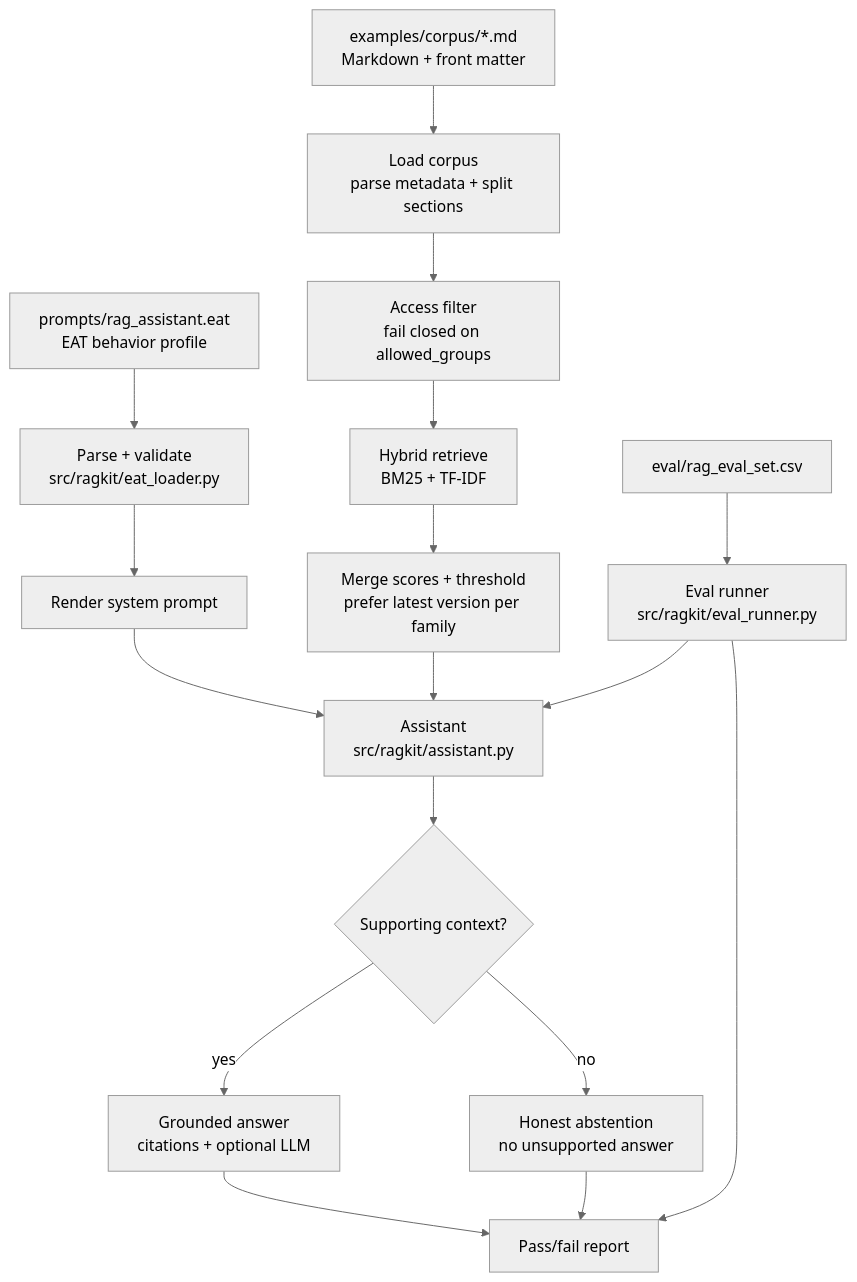
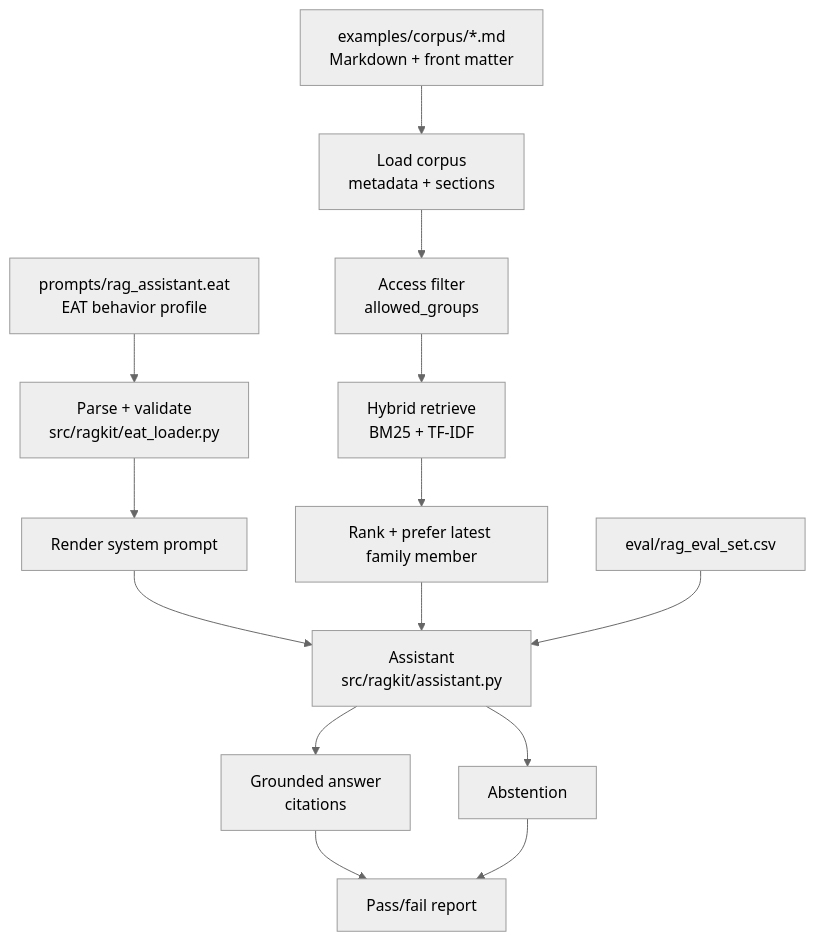
One commit to E-AI-MODEL/-rag-eat-starter-kit changed the diagram in README.md. Above: the diagram before and after it, drawn with Mermaid (neutral theme). The commit also changed other lines of this file, not shown here.

Commit message:
Rework README with clear collapsible sections

````diff
--- a/README.md
+++ b/README.md
@@ -201,29 +132,24 @@
 ```mermaid
 flowchart TD
     eat["prompts/rag_assistant.eat<br/>EAT behavior profile"]
     validate["Parse + validate<br/>src/ragkit/eat_loader.py"]
     prompt["Render system prompt"]
 
     corpus["examples/corpus/*.md<br/>Markdown + front matter"]
-    chunks["Load corpus<br/>parse metadata + split sections"]
-    access["Access filter<br/>fail closed on allowed_groups"]
+    chunks["Load corpus<br/>metadata + sections"]
+    access["Access filter<br/>allowed_groups"]
     retrieve["Hybrid retrieve<br/>BM25 + TF-IDF"]
-    rank["Merge scores + threshold<br/>prefer latest version per family"]
+    rank["Rank + prefer latest family member"]
 
     assistant["Assistant<br/>src/ragkit/assistant.py"]
-    decision{"Supporting context?"}
-    answer["Grounded answer<br/>citations + optional LLM"]
-    abstain["Honest abstention<br/>no unsupported answer"]
-
+    answer["Grounded answer<br/>citations"]
+    abstain["Abstention"]
     eval["eval/rag_eval_set.csv"]
-    runner["Eval runner<br/>src/ragkit/eval_runner.py"]
     report["Pass/fail report"]
 
     eat --> validate --> prompt --> assistant
     corpus --> chunks --> access --> retrieve --> rank --> assistant
-    eval --> runner --> assistant
-    assistant --> decision
-    decision -- yes --> answer --> report
-    decision -- no --> abstain --> report
-    runner --> report
+    assistant --> answer --> report
+    assistant --> abstain --> report
+    eval --> assistant
 ```
````
